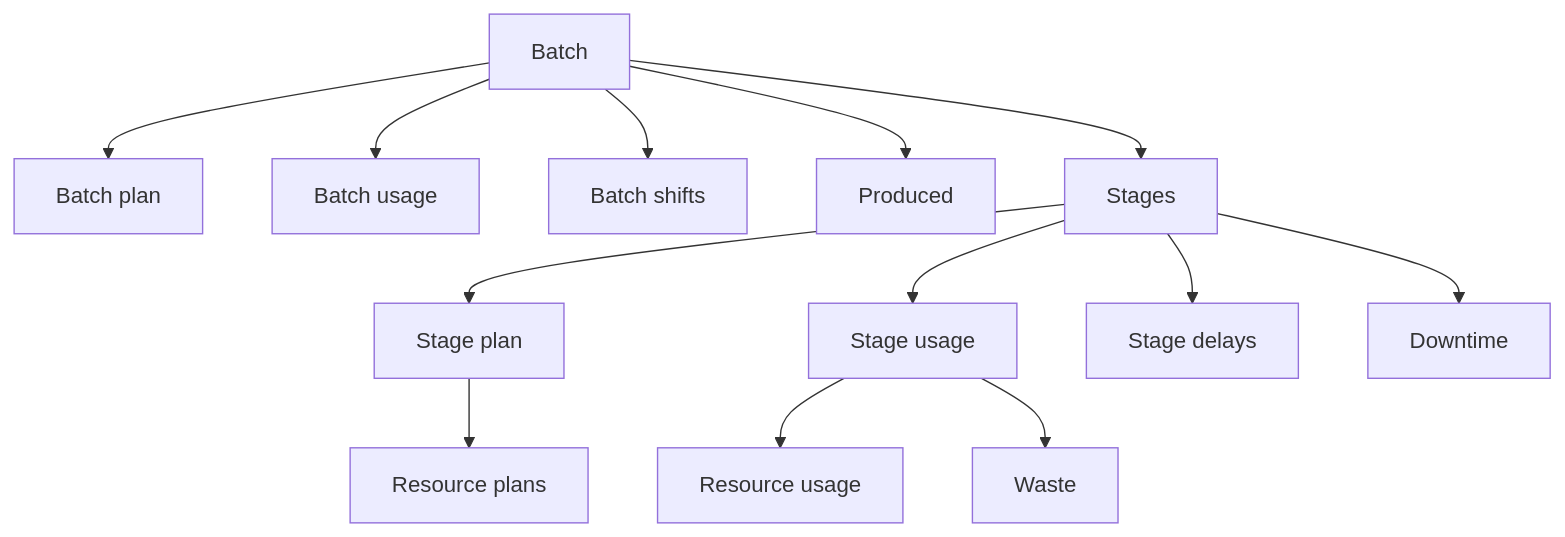
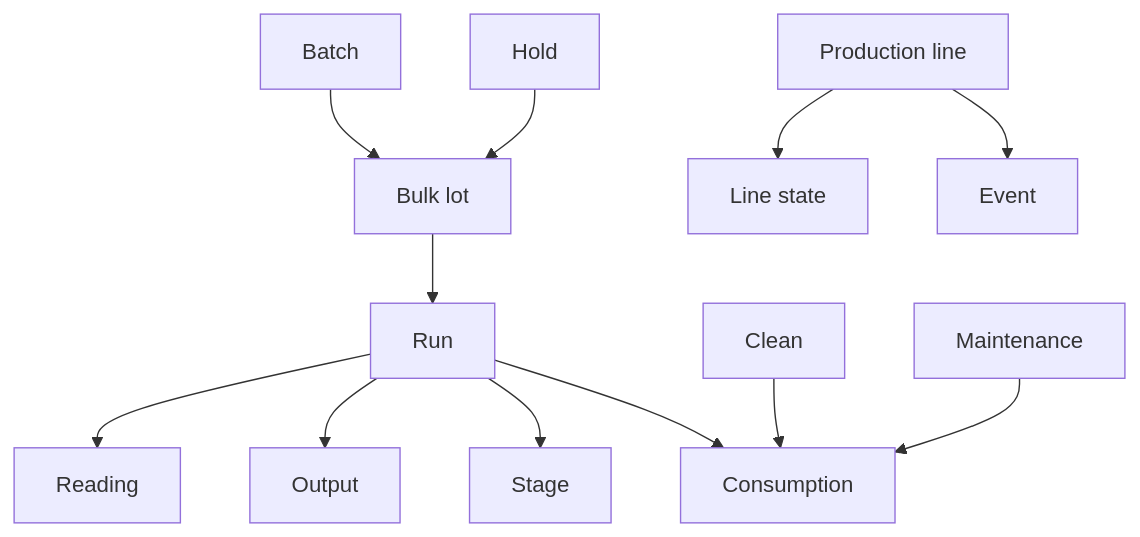
Before and after one commit to Tom-PIT/TomPIT.Pulse.Connector: the diagram in docs/models/manufacturing/food-and-beverage/manufacturing/index.md, drawn with Mermaid. The commit also changed other lines of this file and 46 other files, not shown here.

````diff
--- a/docs/models/manufacturing/food-and-beverage/manufacturing/index.md
+++ b/docs/models/manufacturing/food-and-beverage/manufacturing/index.md
@@ -14,17 +11,17 @@
 ```mermaid
 graph TD
-  A[Batch] --> B[Batch plan]
-  A --> C[Batch usage]
-  A --> D[Batch shifts]
-  A --> E[Produced]
-  A --> F[Stages]
+    A[Batch] --> B[Bulk lot]
+    B --> C[Run]
 
-  F --> G[Stage plan]
-  F --> H[Stage usage]
-  F --> I[Stage delays]
-  F --> J[Downtime]
+    C --> D[Stage]
+    C --> E[Output]
+    C --> F[Consumption]
+    C --> G[Reading]
 
-  G --> K[Resource plans]
-  H --> L[Resource usage]
-  H --> M[Waste]
+    H[Production line] --> I[Line state]
+    H --> J[Event]
+
+    K[Clean] --> F
+    L[Maintenance] --> F
+    M[Hold] --> B
 ```
````
